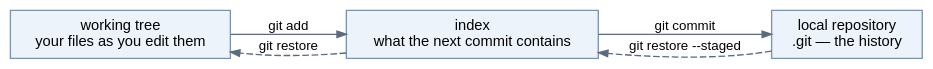
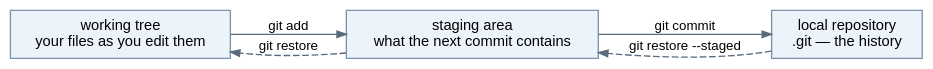
One commit to htl-leonding-college/curriculum-syp3 changed the first of 3 diagrams in modules/git-basics/questions.adoc. Above: the diagram before and after it, drawn with Graphviz. The commit also changed other lines of this file and 2 other files, not shown here.

First line of the commit message:
docs(curriculum): call the index the staging area

```diff
--- a/modules/git-basics/questions.adoc
+++ b/modules/git-basics/questions.adoc
@@ -26,19 +26,19 @@
 [graphviz,q-three-states,svg]
 ----
 digraph states {
   rankdir=LR;
   bgcolor="transparent";
   node [shape=box, style=filled, fillcolor="#EDF3FA", color="#7C93AD",
         fontname="Helvetica", fontsize=11];
   edge [color="#5A6B7D", arrowsize=0.7, fontname="Helvetica", fontsize=10];
 
   W [label="working tree\nyour files as you edit them"];
-  I [label="index\nwhat the next commit contains"];
+  I [label="staging area\nwhat the next commit contains"];
   L [label="local repository\n.git — the history"];
 
   W -> I [label="git add"];
   I -> L [label="git commit"];
   I -> W [label="git restore", style=dashed, constraint=false];
   L -> I [label="git restore --staged", style=dashed, constraint=false];
 }
 ----
```
